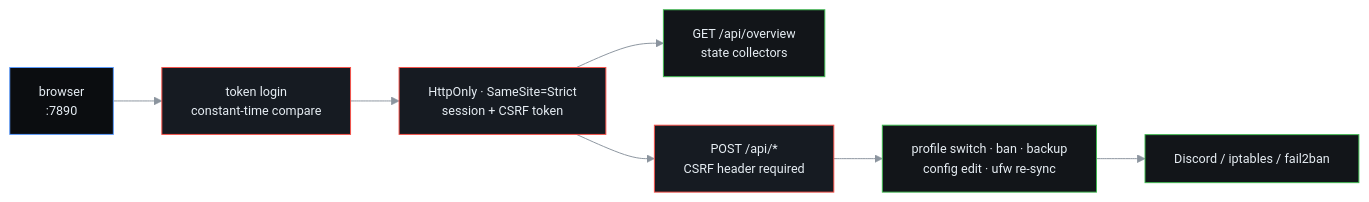
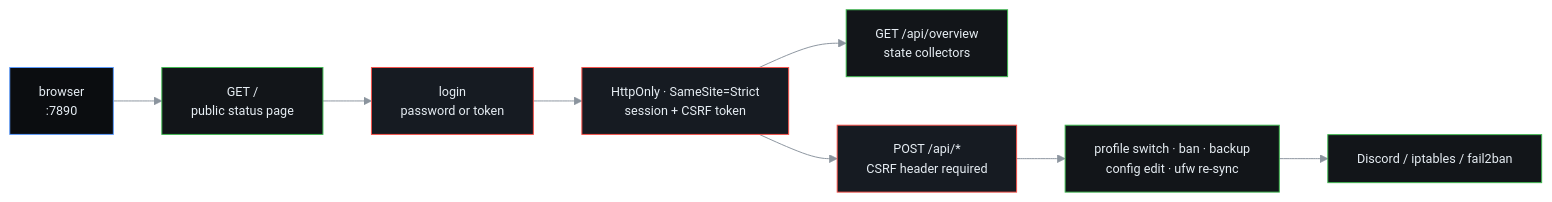
Before and after one commit to Nex-Devz/VexaShield: the fourth of 4 diagrams in README.md, drawn with Mermaid. The commit also changed other lines of this file and 6 other files, not shown here.

First line of the commit message:
Serve a public status page and sign in with a password

````diff
--- a/README.md
+++ b/README.md
@@ -229,16 +229,17 @@
 ```mermaid
 %%{init: {'theme':'base','themeVariables':{
   'primaryColor':'#121519','primaryTextColor':'#e6edf3','primaryBorderColor':'#5b9cff',
   'lineColor':'#8b949e','fontFamily':'ui-monospace, monospace','fontSize':'13px'}}}%%
 flowchart LR
     classDef core fill:#0b0d10,stroke:#5b9cff,color:#e6edf3
     classDef safe fill:#161b22,stroke:#f85149,color:#e6edf3
     classDef job  fill:#121519,stroke:#3fb950,color:#e6edf3
 
-    U["browser<br/>:7890"]:::core --> L["token login<br/>constant-time compare"]:::safe
+    U["browser<br/>:7890"]:::core --> P0["GET /<br/>public status page"]:::job
+    P0 --> L["login<br/>password or token"]:::safe
     L --> S["HttpOnly · SameSite=Strict<br/>session + CSRF token"]:::safe
     S --> G["GET /api/overview<br/>state collectors"]:::job
     S --> A["POST /api/*<br/>CSRF header required"]:::safe
     A --> P["profile switch · ban · backup<br/>config edit · ufw re-sync"]:::job
     P --> N["Discord / iptables / fail2ban"]:::job
 ```
````
